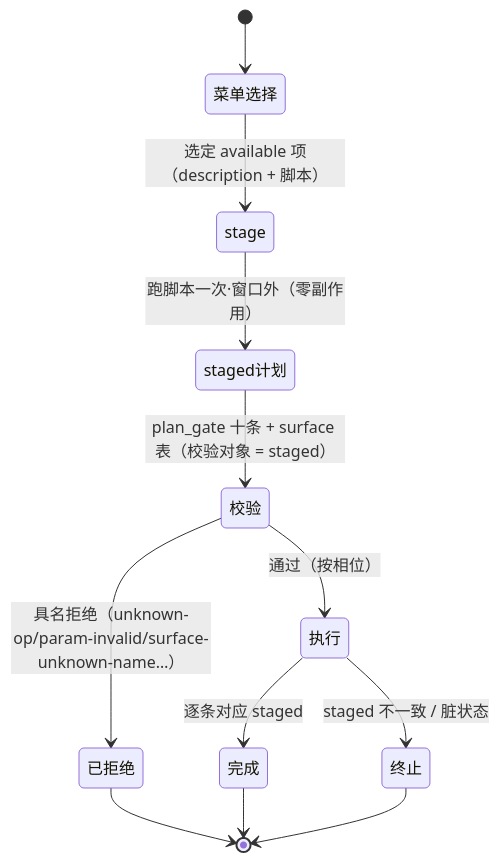
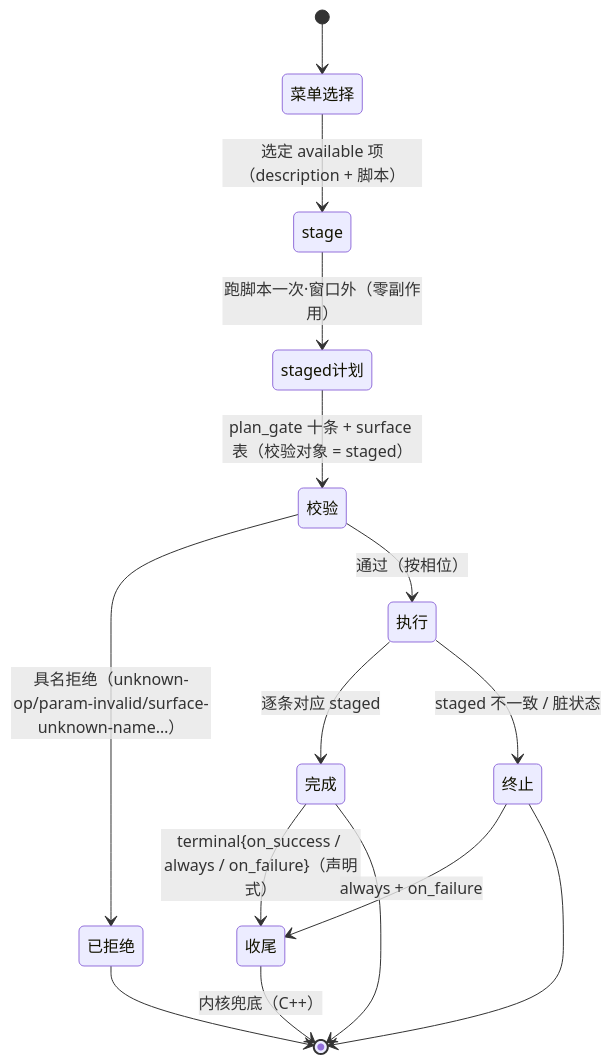
The eighth of 17 diagrams in docs/development/full-process-uml.md (YuKongA/ghostlock-app), drawn with Mermaid before and after one commit. The commit also changed other lines of this file and 4 other files, not shown here.

````diff
--- a/docs/development/full-process-uml.md
+++ b/docs/development/full-process-uml.md
@@ -237,14 +237,17 @@
 ```mermaid
 stateDiagram-v2
   [*] --> 菜单选择
   菜单选择 --> stage: 选定 available 项（description + 脚本）
   stage --> staged计划: 跑脚本一次·窗口外（零副作用）
   staged计划 --> 校验: plan_gate 十条 + surface 表（校验对象 = staged）
   校验 --> 已拒绝: 具名拒绝（unknown-op/param-invalid/surface-unknown-name…）
   校验 --> 执行: 通过（按相位）
   执行 --> 完成: 逐条对应 staged
   执行 --> 终止: staged 不一致 / 脏状态
+  完成 --> 收尾: terminal{on_success / always / on_failure}（声明式）
+  终止 --> 收尾: always + on_failure
+  收尾 --> [*]: 内核兜底（C++）
   已拒绝 --> [*]
   完成 --> [*]
   终止 --> [*]
 ```
````
